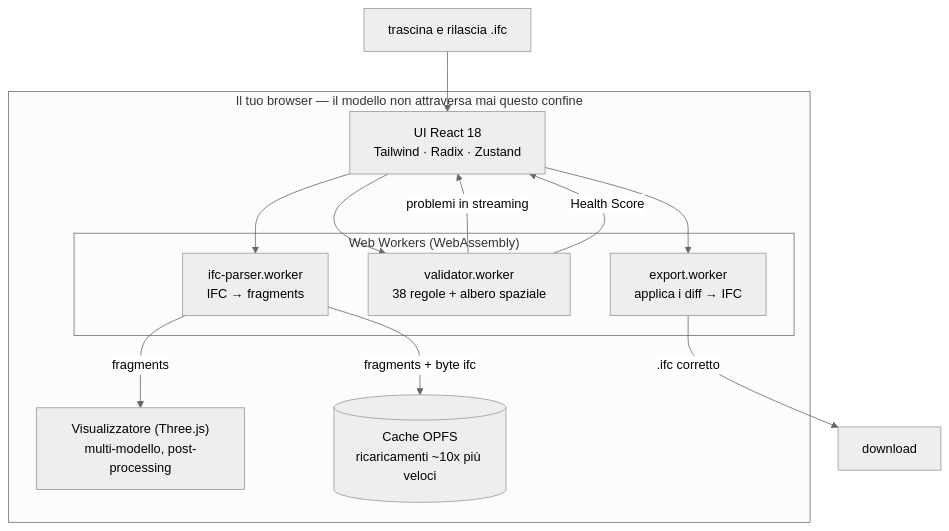
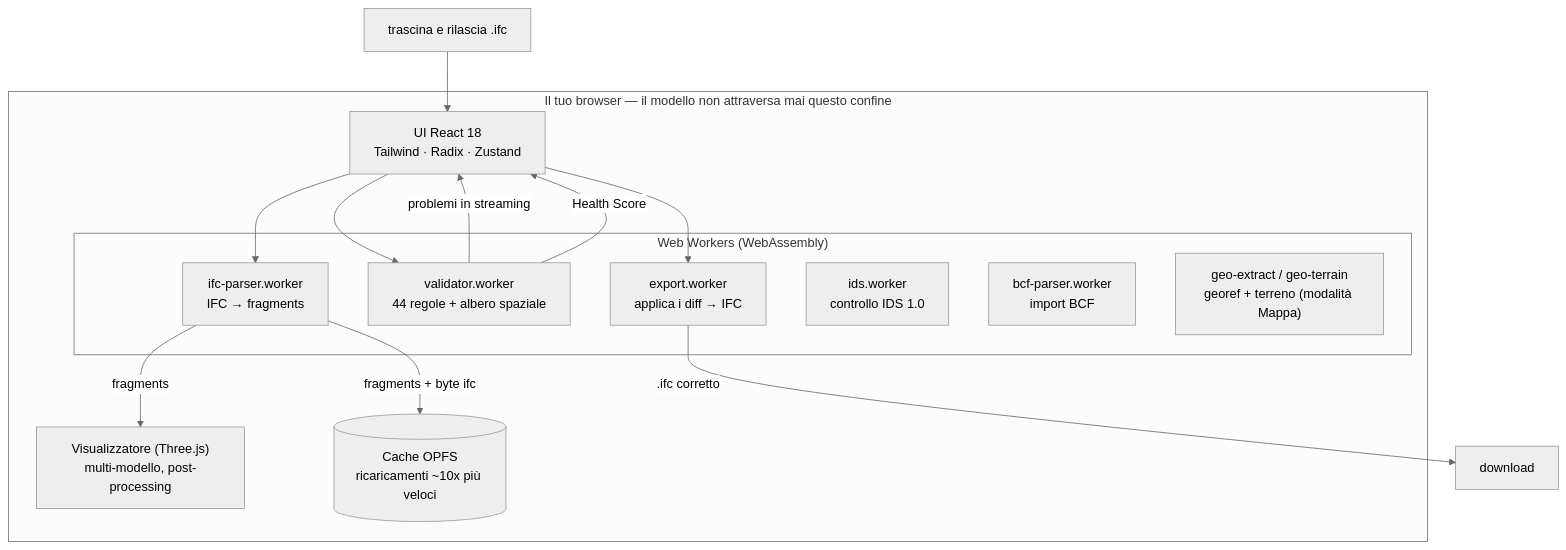
One commit to j03rul4nd/ifc-viewer-online changed the second of 2 diagrams in README.it.md. Above: the diagram before and after it, drawn with Mermaid (neutral theme). The commit also changed other lines of this file and 24 other files, not shown here.

````diff
--- a/README.it.md
+++ b/README.it.md
@@ -147,24 +149,27 @@
 ```mermaid
 flowchart TD
     subgraph BROWSER["Il tuo browser — il modello non attraversa mai questo confine"]
         UI["UI React 18<br/>Tailwind · Radix · Zustand"]
         VIEWER["Visualizzatore (Three.js)<br/>multi-modello, post-processing"]
         CACHE[("Cache OPFS<br/>ricaricamenti ~10x più veloci")]
 
         subgraph WORKERS["Web Workers (WebAssembly)"]
             PARSE["ifc-parser.worker<br/>IFC → fragments"]
-            VALID["validator.worker<br/>38 regole + albero spaziale"]
+            VALID["validator.worker<br/>44 regole + albero spaziale"]
             EXPORT["export.worker<br/>applica i diff → IFC"]
+            IDS["ids.worker<br/>controllo IDS 1.0"]
+            BCF["bcf-parser.worker<br/>import BCF"]
+            GEO["geo-extract / geo-terrain<br/>georef + terreno (modalità Mappa)"]
         end
     end
 
     FILE["trascina e rilascia .ifc"] --> UI
     UI --> PARSE
     PARSE -->|fragments| VIEWER
     PARSE -->|fragments + byte ifc| CACHE
     UI --> VALID
     VALID -->|problemi in streaming| UI
     VALID -->|Health Score| UI
     UI --> EXPORT
     EXPORT -->|.ifc corretto| DL["download"]
 ```
````
